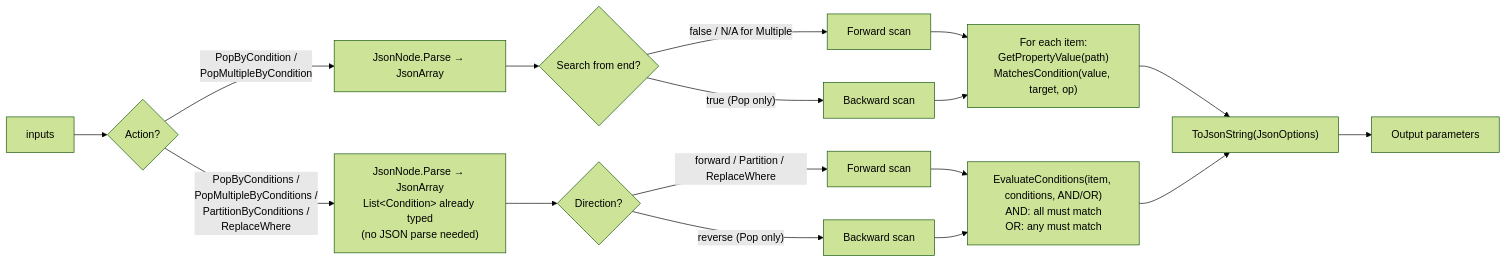
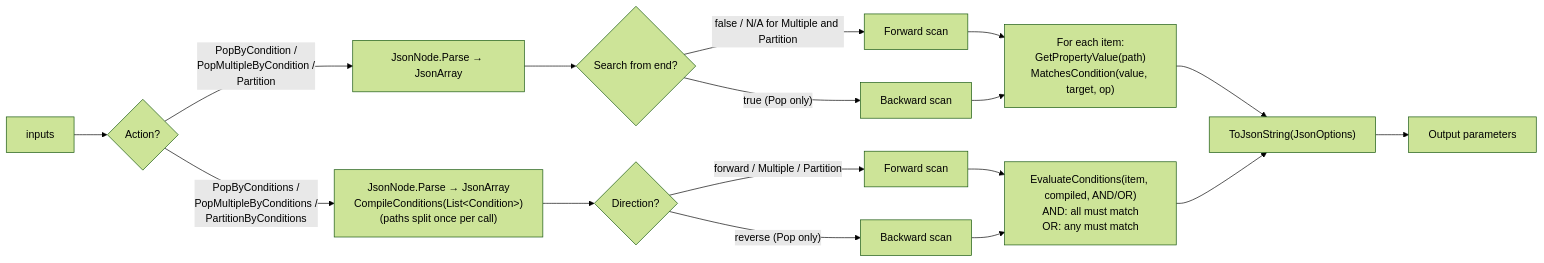
The second of 7 diagrams in ARCHITECTURE.md (alex-cres/OSListUtilsServerSide), drawn with Mermaid (forest theme) before and after one commit. The commit also changed other lines of this file and 15 other files, not shown here.

````diff
--- a/ARCHITECTURE.md
+++ b/ARCHITECTURE.md
@@ -92,22 +96,22 @@
 ```mermaid
 flowchart LR
     In[inputs] --> Type{Action?}
 
-    Type -->|PopByCondition /<br/>PopMultipleByCondition| Single[JsonNode.Parse → JsonArray]
+    Type -->|PopByCondition /<br/>PopMultipleByCondition /<br/>Partition| Single[JsonNode.Parse → JsonArray]
     Single --> SingleScan{Search from end?}
-    SingleScan -->|"false / N/A for Multiple"| Fwd[Forward scan]
+    SingleScan -->|"false / N/A for Multiple and Partition"| Fwd[Forward scan]
     SingleScan -->|"true (Pop only)"| Bwd[Backward scan]
     Fwd --> Eval1["For each item:<br/>GetPropertyValue(path)<br/>MatchesCondition(value, target, op)"]
     Bwd --> Eval1
 
-    Type -->|PopByConditions /<br/>PopMultipleByConditions /<br/>PartitionByConditions /<br/>ReplaceWhere| Multi["JsonNode.Parse → JsonArray<br/>List&lt;Condition&gt; already typed<br/>(no JSON parse needed)"]
+    Type -->|PopByConditions /<br/>PopMultipleByConditions /<br/>PartitionByConditions| Multi["JsonNode.Parse → JsonArray<br/>CompileConditions(List&lt;Condition&gt;)<br/>(paths split once per call)"]
     Multi --> MultiScan{Direction?}
-    MultiScan -->|"forward / Partition / ReplaceWhere"| FwdM[Forward scan]
+    MultiScan -->|"forward / Multiple / Partition"| FwdM[Forward scan]
     MultiScan -->|"reverse (Pop only)"| BwdM[Backward scan]
-    FwdM --> Eval2["EvaluateConditions(item, conditions, AND/OR)<br/>AND: all must match<br/>OR: any must match"]
+    FwdM --> Eval2["EvaluateConditions(item, compiled, AND/OR)<br/>AND: all must match<br/>OR: any must match"]
     BwdM --> Eval2
 
     Eval1 --> Serialize["ToJsonString(JsonOptions)"]
     Eval2 --> Serialize
     Serialize --> Out[Output parameters]
 ```
````
